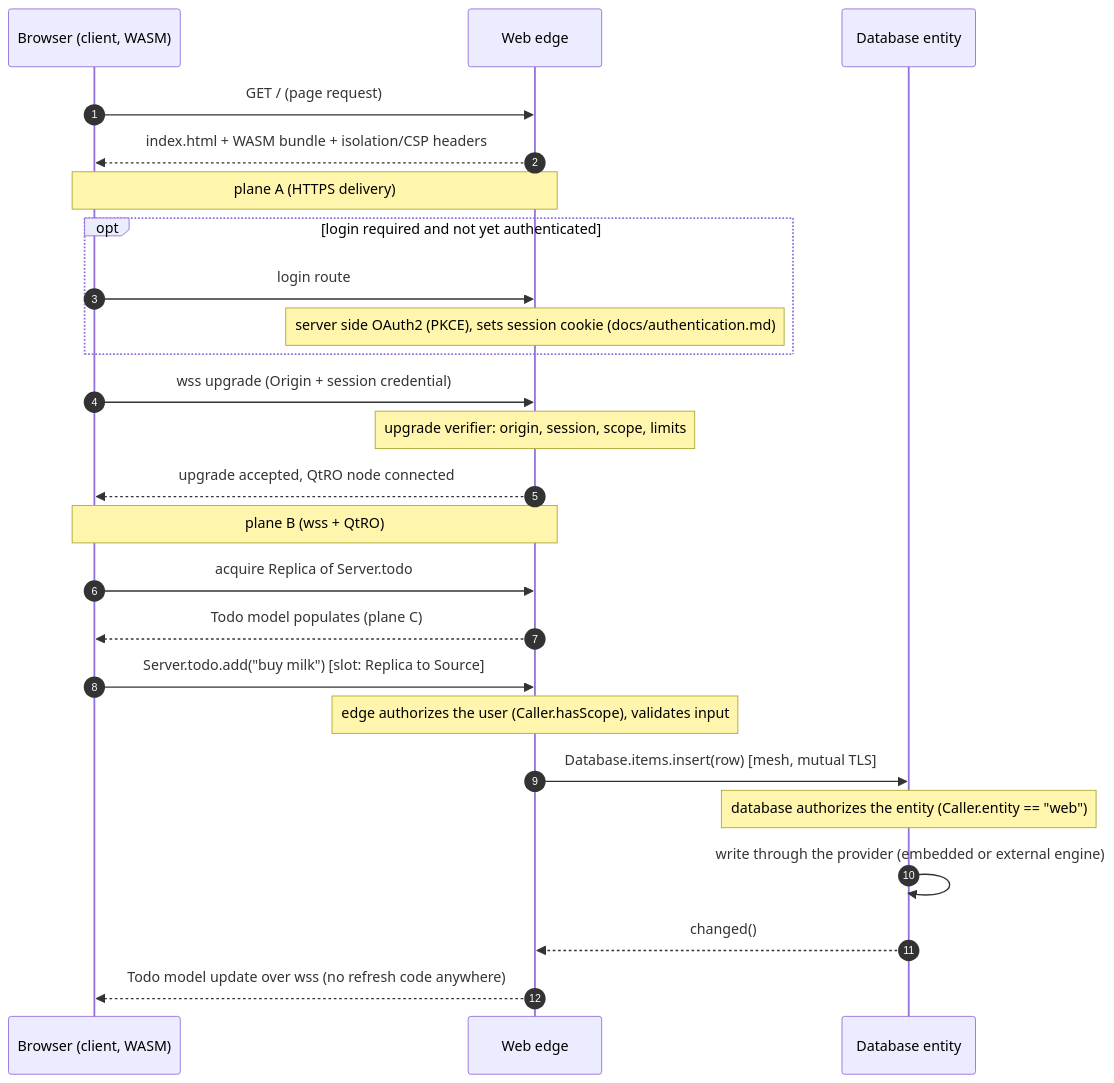
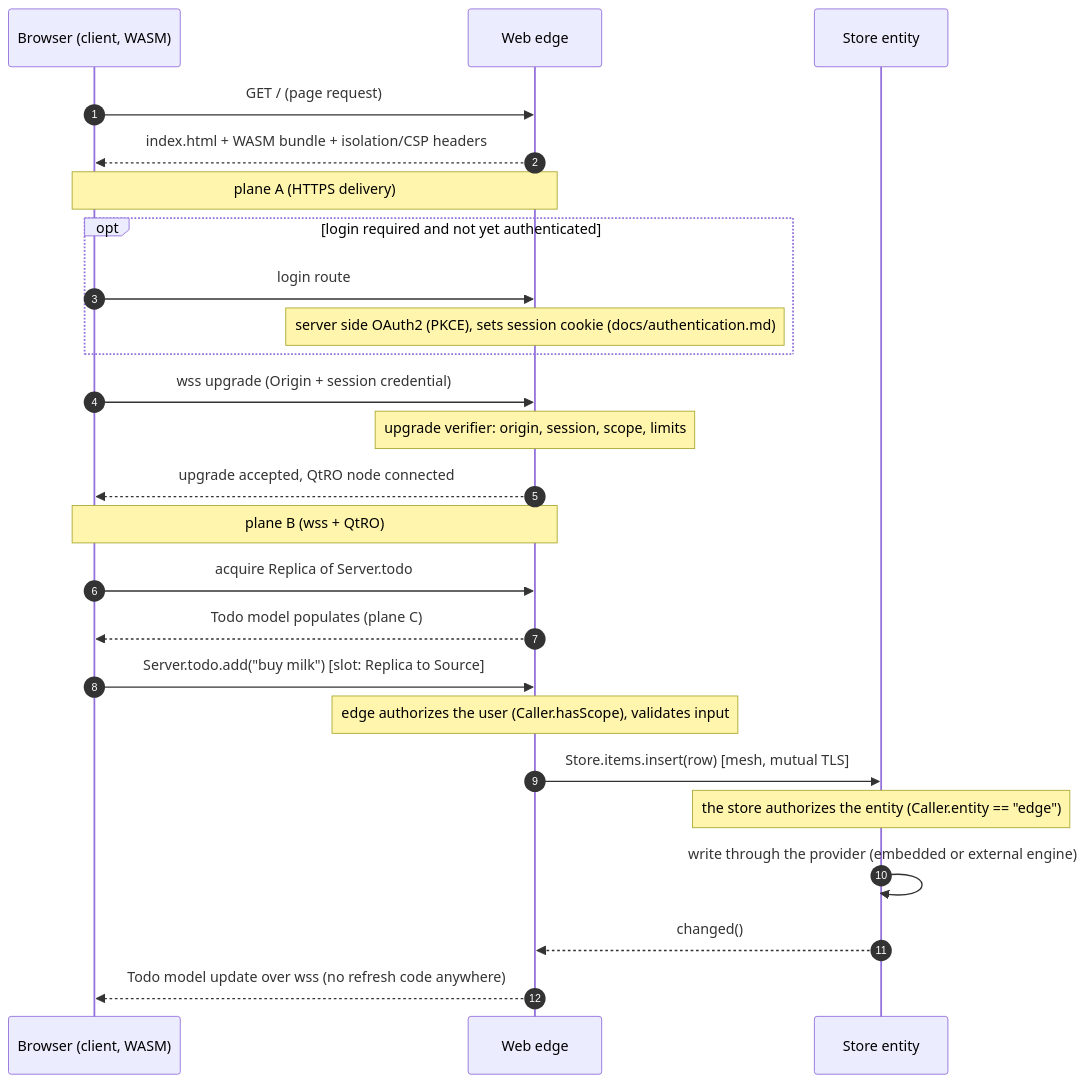
Before and after one commit to Kidev/SynQt: the second of 2 diagrams in docs/architecture.md, drawn with Mermaid. The commit also changed other lines of this file and 36 other files, not shown here.

````diff
--- a/docs/architecture.md
+++ b/docs/architecture.md
@@ -235,27 +235,27 @@
 ```mermaid
 sequenceDiagram
     autonumber
     participant B as Browser (client, WASM)
     participant E as Web edge
-    participant D as Database entity
+    participant D as Store entity
     B->>E: GET / (page request)
     E-->>B: index.html + WASM bundle + isolation/CSP headers
     Note over B,E: plane A (HTTPS delivery)
     opt login required and not yet authenticated
         B->>E: login route
         Note over E: server side OAuth2 (PKCE), sets session cookie (docs/authentication.md)
     end
     B->>E: wss upgrade (Origin + session credential)
     Note over E: upgrade verifier: origin, session, scope, limits
     E-->>B: upgrade accepted, QtRO node connected
     Note over B,E: plane B (wss + QtRO)
     B->>E: acquire Replica of Server.todo
     E-->>B: Todo model populates (plane C)
     B->>E: Server.todo.add("buy milk")  [slot: Replica to Source]
     Note over E: edge authorizes the user (Caller.hasScope), validates input
-    E->>D: Database.items.insert(row)  [mesh, mutual TLS]
-    Note over D: database authorizes the entity (Caller.entity == "web")
+    E->>D: Store.items.insert(row)  [mesh, mutual TLS]
+    Note over D: the store authorizes the entity (Caller.entity == "edge")
     D->>D: write through the provider (embedded or external engine)
     D-->>E: changed()
     E-->>B: Todo model update over wss (no refresh code anywhere)
 ```
````
